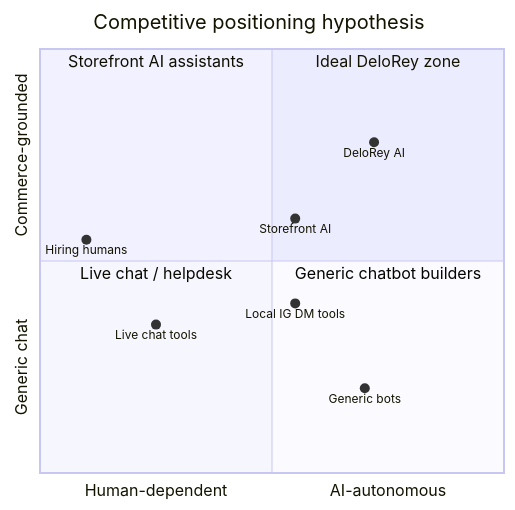
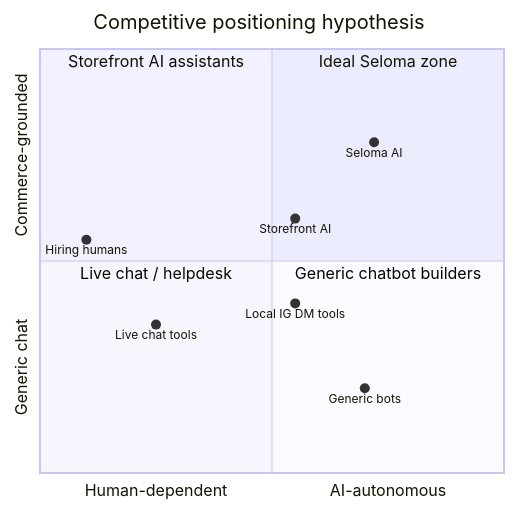
Before and after one commit to meteor7495/delorey-ai: the third of 3 diagrams in docs/01-business/market-research.md, drawn with Mermaid. The commit also changed other lines of this file and 149 other files, not shown here.

````diff
--- a/docs/01-business/market-research.md
+++ b/docs/01-business/market-research.md
@@ -487,16 +487,16 @@
 ```mermaid
 quadrantChart
     title Competitive positioning hypothesis
     x-axis Human-dependent --> AI-autonomous
     y-axis Generic chat --> Commerce-grounded
-    quadrant-1 Ideal DeloRey zone
+    quadrant-1 Ideal Seloma zone
     quadrant-2 Storefront AI assistants
     quadrant-3 Live chat / helpdesk
     quadrant-4 Generic chatbot builders
-    DeloRey AI: [0.72, 0.78]
+    Seloma AI: [0.72, 0.78]
     Live chat tools: [0.25, 0.35]
     Generic bots: [0.70, 0.20]
     Local IG DM tools: [0.55, 0.40]
     Hiring humans: [0.10, 0.55]
     Storefront AI: [0.55, 0.60]
 ```
````
